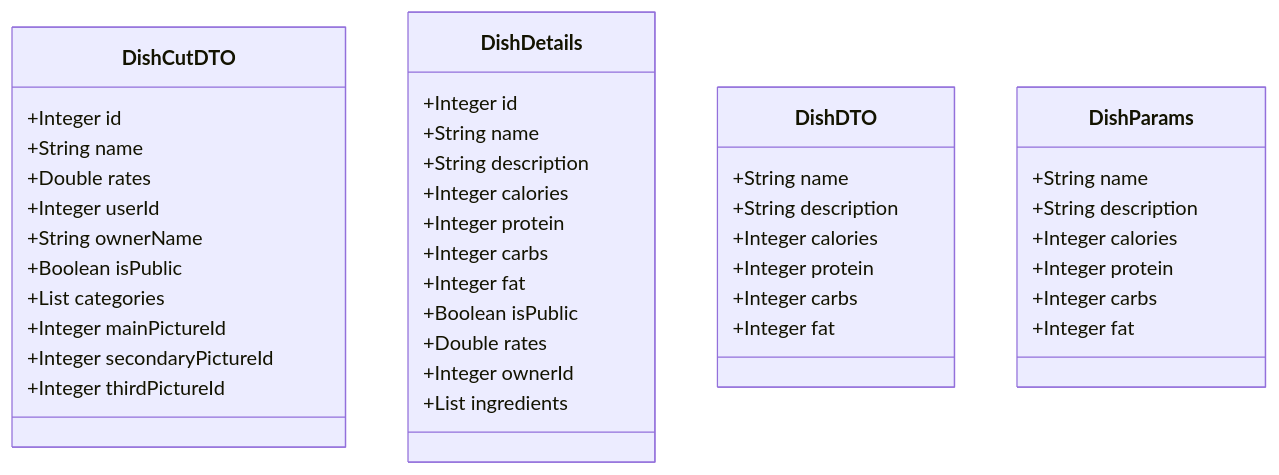
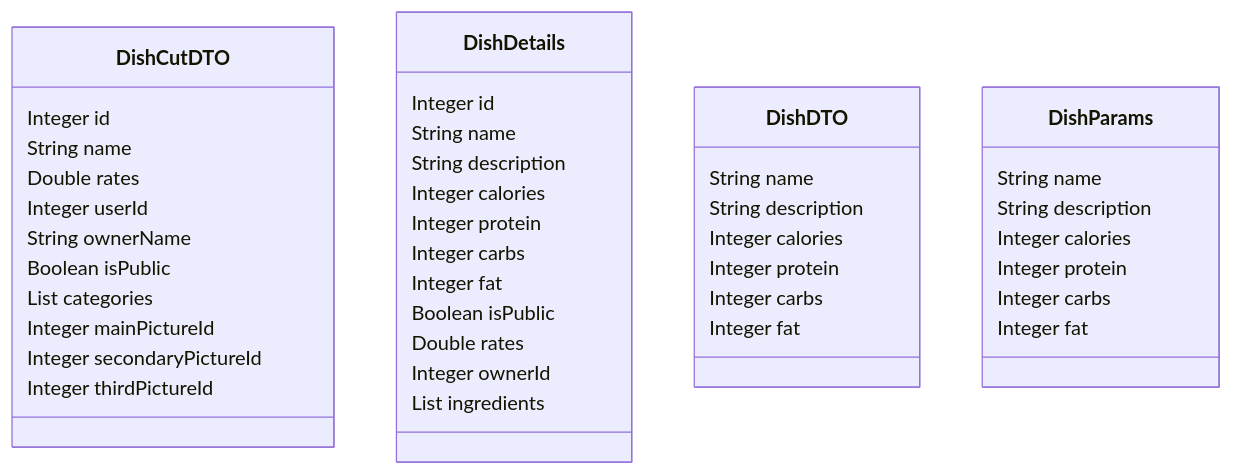
The fourth of 5 diagrams in Backend/README.md (GruboKrojone/SneakFit), drawn with Mermaid before and after one commit. The commit also changed other lines of this file, not shown here.

Commit message:
SF-24 Remove unnecessery signs

````diff
--- a/Backend/README.md
+++ b/Backend/README.md
@@ -832,44 +832,44 @@
 ```mermaid
 classDiagram
     class DishCutDTO {
-        +Integer id
-        +String name
-        +Double rates
-        +Integer userId
-        +String ownerName
-        +Boolean isPublic
-        +List<CategoryDTO> categories
-        +Integer mainPictureId
-        +Integer secondaryPictureId
-        +Integer thirdPictureId
+        Integer id
+        String name
+        Double rates
+        Integer userId
+        String ownerName
+        Boolean isPublic
+        List<CategoryDTO> categories
+        Integer mainPictureId
+        Integer secondaryPictureId
+        Integer thirdPictureId
     }
     class DishDetails {
-        +Integer id
-        +String name
-        +String description
-        +Integer calories
-        +Integer protein
-        +Integer carbs
-        +Integer fat
-        +Boolean isPublic
-        +Double rates
-        +Integer ownerId
-        +List<IngredientDTO> ingredients
+        Integer id
+        String name
+        String description
+        Integer calories
+        Integer protein
+        Integer carbs
+        Integer fat
+        Boolean isPublic
+        Double rates
+        Integer ownerId
+        List<IngredientDTO> ingredients
     }
     class DishDTO {
-        +String name
-        +String description
-        +Integer calories
-        +Integer protein
-        +Integer carbs
-        +Integer fat
+        String name
+        String description
+        Integer calories
+        Integer protein
+        Integer carbs
+        Integer fat
     }
     class DishParams {
-        +String name
-        +String description
-        +Integer calories
-        +Integer protein
-        +Integer carbs
-        +Integer fat
+        String name
+        String description
+        Integer calories
+        Integer protein
+        Integer carbs
+        Integer fat
     }
 ```
````
